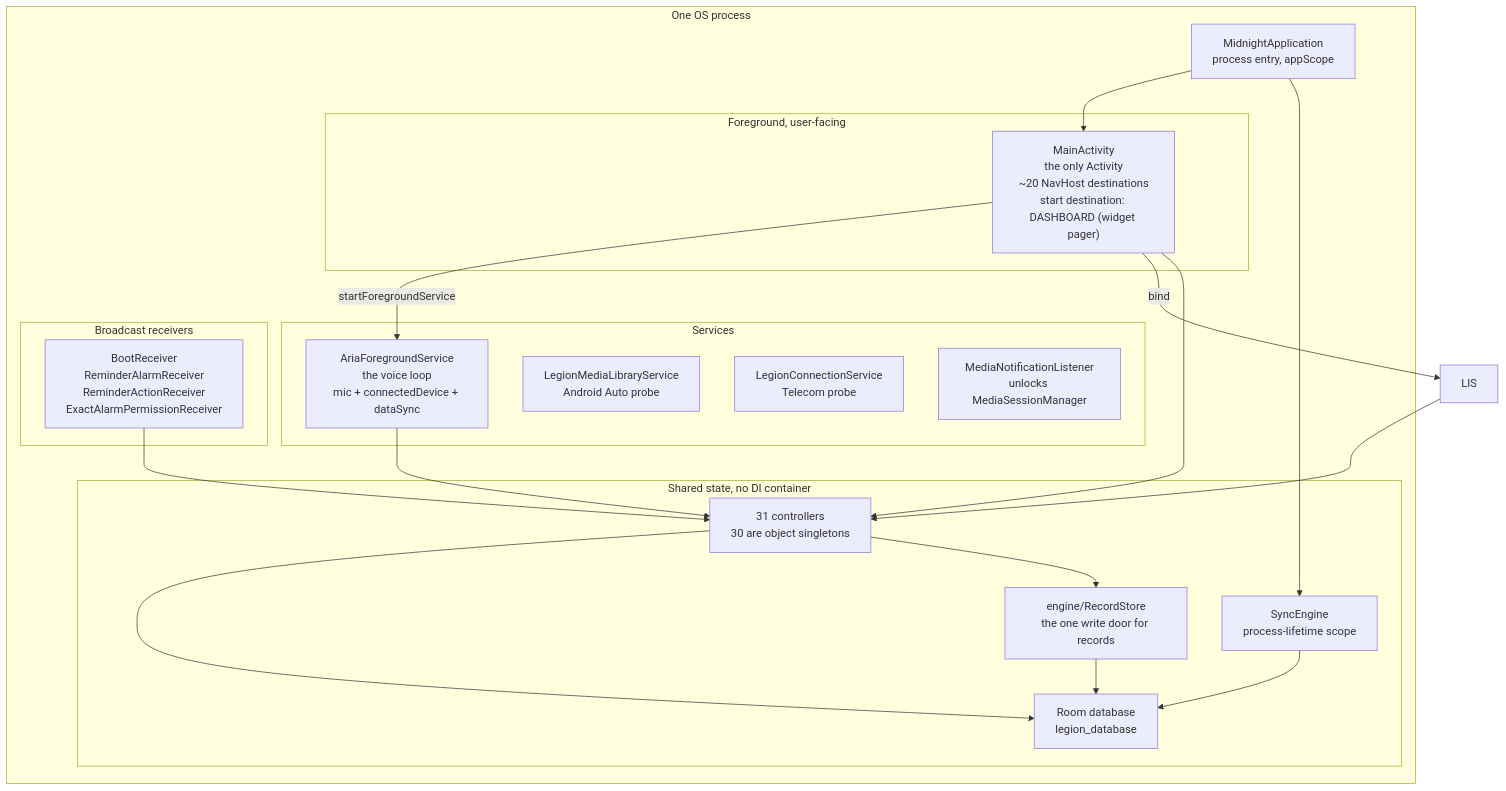
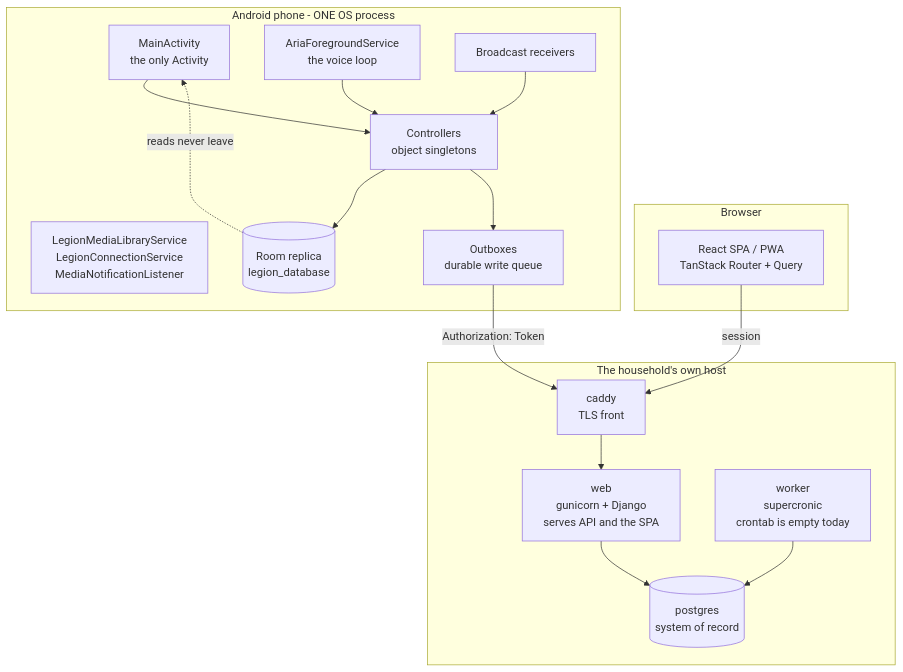
One commit to kevinmyo-code/legion changed the diagram in docs/architecture/c2-containers.md. Above: the diagram before and after it, drawn with Mermaid. The commit also changed other lines of this file and 8 other files, not shown here.

````diff
--- a/docs/architecture/c2-containers.md
+++ b/docs/architecture/c2-containers.md
@@ -14,41 +14,35 @@
 ```mermaid
 graph TB
-    subgraph Process["One OS process"]
-        App["MidnightApplication<br/>process entry, appScope"]
-
-        subgraph UI["Foreground, user-facing"]
-            MA["MainActivity<br/>the only Activity<br/>~20 NavHost destinations<br/>start destination: DASHBOARD (widget pager)"]
-        end
-
-        subgraph Services["Services"]
-            AFS["AriaForegroundService<br/>the voice loop<br/>mic + connectedDevice + dataSync"]
-            MLS["LegionMediaLibraryService<br/>Android Auto probe"]
-            LCS["LegionConnectionService<br/>Telecom probe"]
-            MNL["MediaNotificationListener<br/>unlocks MediaSessionManager"]
-        end
-
-        subgraph Receivers["Broadcast receivers"]
-            RX["BootReceiver<br/>ReminderAlarmReceiver<br/>ReminderActionReceiver<br/>ExactAlarmPermissionReceiver"]
-        end
-
-        subgraph State["Shared state, no DI container"]
-            Ctl["31 controllers<br/>30 are object singletons"]
-            Eng["engine/RecordStore<br/>the one write door for records"]
-            Room["Room database<br/>legion_database"]
-            Sync["SyncEngine<br/>process-lifetime scope"]
-        end
+    subgraph Host["The household's own host"]
+        Web["web<br/>gunicorn + Django<br/>serves API and the SPA"]
+        Worker["worker<br/>supercronic<br/>crontab is empty today"]
+        PG[("postgres<br/>system of record")]
+        Caddy["caddy<br/>TLS front"]
+        Caddy --> Web
+        Web --> PG
+        Worker --> PG
     end
 
-    App --> MA
-    App --> Sync
-    MA -->|startForegroundService| AFS
-    MA -->|bind| LIS
+    subgraph Browser["Browser"]
+        SPA["React SPA / PWA<br/>TanStack Router + Query"]
+    end
+
+    subgraph Phone["Android phone - ONE OS process"]
+        MA["MainActivity<br/>the only Activity"]
+        AFS["AriaForegroundService<br/>the voice loop"]
+        Svc["LegionMediaLibraryService<br/>LegionConnectionService<br/>MediaNotificationListener"]
+        RX["Broadcast receivers"]
+        Ctl["Controllers<br/>object singletons"]
+        Room[("Room replica<br/>legion_database")]
+        OB["Outboxes<br/>durable write queue"]
+    end
+
+    SPA -->|"session"| Caddy
     MA --> Ctl
     AFS --> Ctl
-    LIS --> Ctl
     RX --> Ctl
     Ctl --> Room
-    Ctl --> Eng
-    Eng --> Room
-    Sync --> Room
+    Ctl --> OB
+    OB -->|"Authorization: Token"| Caddy
+    Room -.->|"reads never leave"| MA
 ```
````
